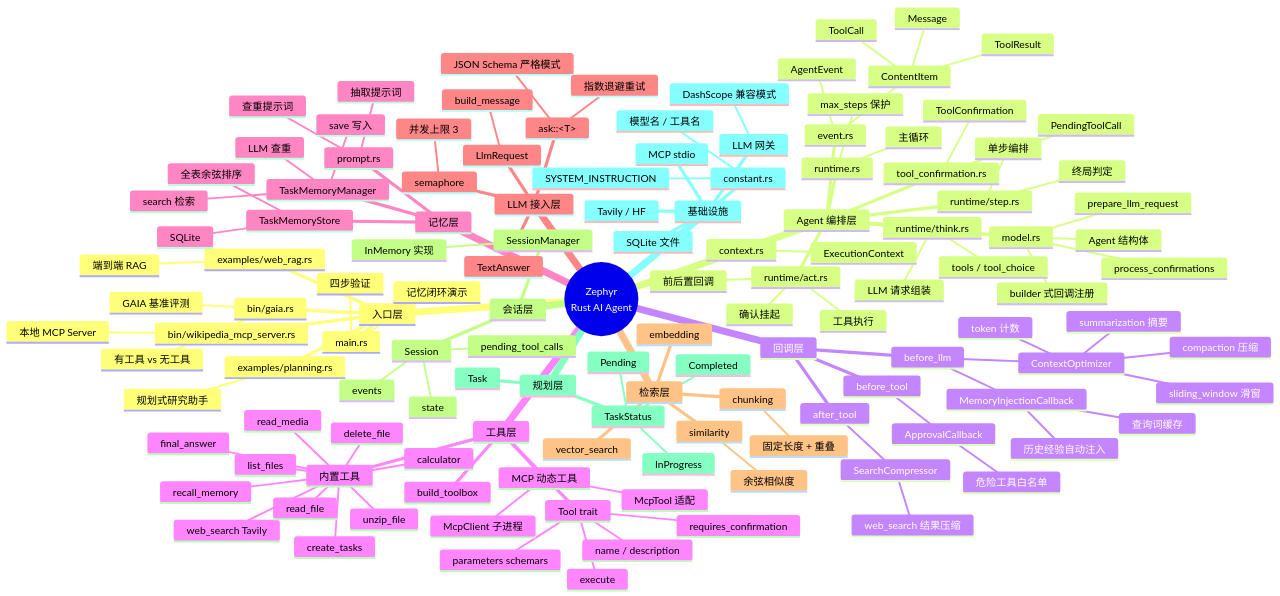
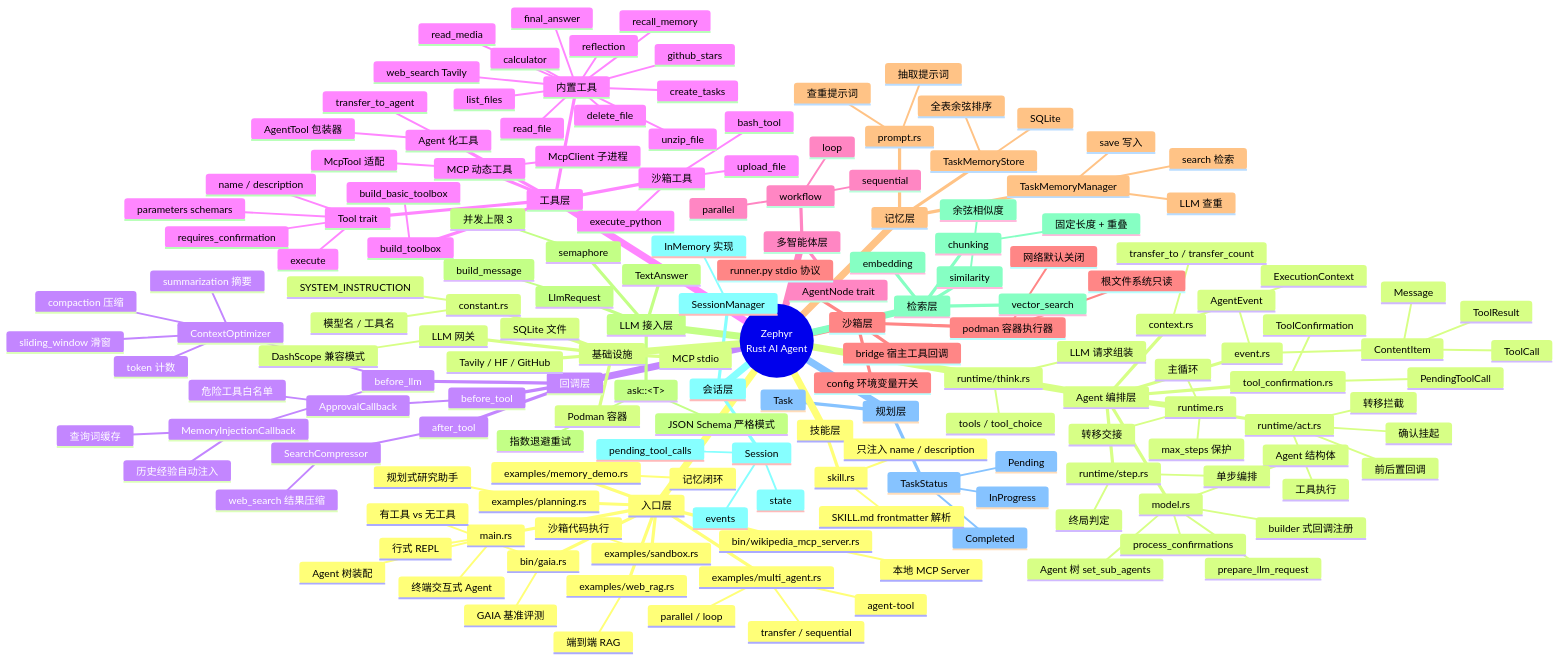
Before and after one commit to heheshang/zephyr: diagram 13 of 54 in README.md, drawn with Mermaid. The commit also changed other lines of this file and 19 other files, not shown here.

````diff
--- a/README.md
+++ b/README.md
@@ -226,8 +1142,9 @@
   root((Zephyr<br/>Rust AI Agent))
     入口层
       main.rs
-        记忆闭环演示
-        四步验证
+        终端交互式 Agent
+        行式 REPL
+        Agent 树装配
       bin/gaia.rs
         GAIA 基准评测
         有工具 vs 无工具
@@ -237,15 +1154,25 @@
         端到端 RAG
       examples/planning.rs
         规划式研究助手
+      examples/multi_agent.rs
+        transfer / sequential
+        parallel / loop
+        agent-tool
+      examples/memory_demo.rs
+        记忆闭环
+      examples/sandbox.rs
+        沙箱代码执行
     Agent 编排层
       model.rs
         Agent 结构体
         builder 式回调注册
         prepare_llm_request
         process_confirmations
+        Agent 树 set_sub_agents
       runtime.rs
         主循环
         max_steps 保护
+        转移交接
       runtime/step.rs
         单步编排
         终局判定
@@ -255,9 +1182,11 @@
       runtime/act.rs
         工具执行
         确认挂起
+        转移拦截
         前后置回调
       context.rs
         ExecutionContext
+        transfer_to / transfer_count
       event.rs
         AgentEvent
         ContentItem
@@ -290,6 +1219,7 @@
         execute
         requires_confirmation
       build_toolbox
+        build_basic_toolbox
       内置工具
         calculator
         web_search Tavily
@@ -299,11 +1229,33 @@
         unzip_file
         read_media
         create_tasks
+        reflection
         final_answer
         recall_memory
+        github_stars
+      沙箱工具
+        execute_python
+        bash_tool
+        upload_file
+      Agent 化工具
+        transfer_to_agent
+        AgentTool 包装器
       MCP 动态工具
         McpClient 子进程
         McpTool 适配
+    多智能体层
+      AgentNode trait
+      workflow
+        sequential
+        parallel
+        loop
+    沙箱层
+      config 环境变量开关
+      podman 容器执行器
+        网络默认关闭
+        根文件系统只读
+      runner.py stdio 协议
+      bridge 宿主工具回调
     记忆层
       TaskMemoryManager
         save 写入
@@ -344,6 +1296,10 @@
         Pending
         InProgress
         Completed
+    技能层
+      skill.rs
+        SKILL.md frontmatter 解析
+        只注入 name / description
     基础设施
       constant.rs
         模型名 / 工具名
@@ -352,5 +1308,6 @@
         DashScope 兼容模式
       SQLite 文件
       MCP stdio
-      Tavily / HF
+      Podman 容器
+      Tavily / HF / GitHub
 ```
````
